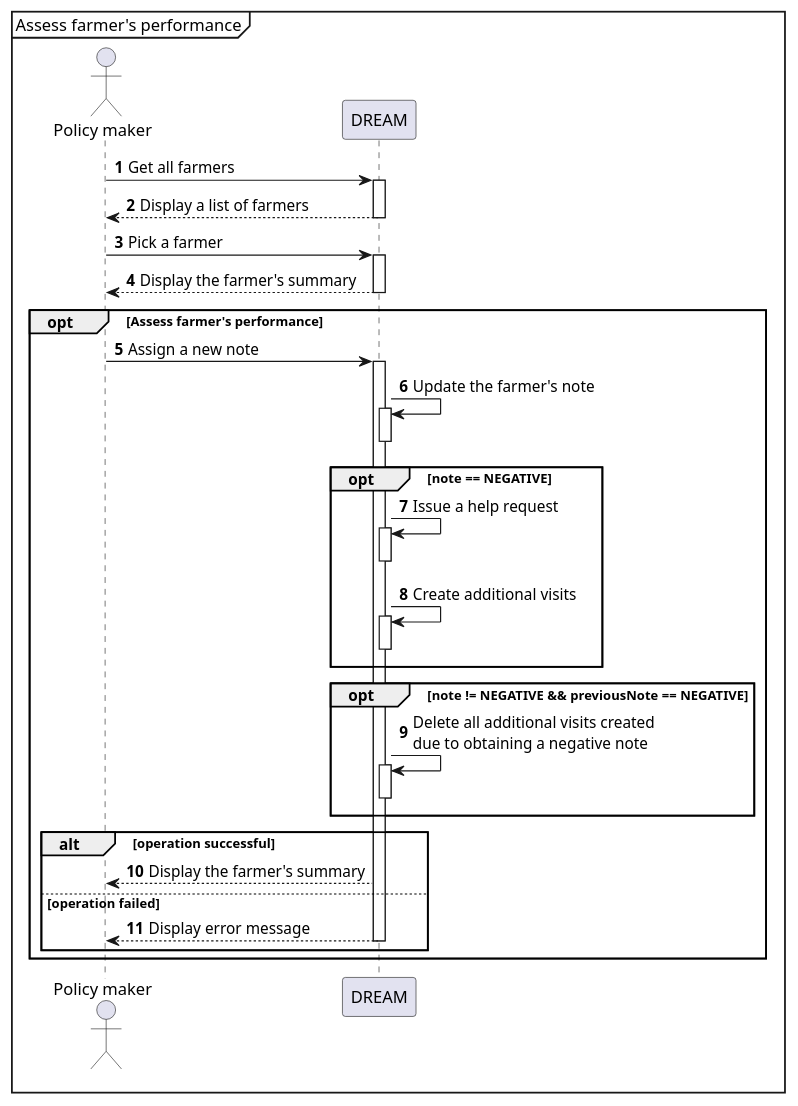
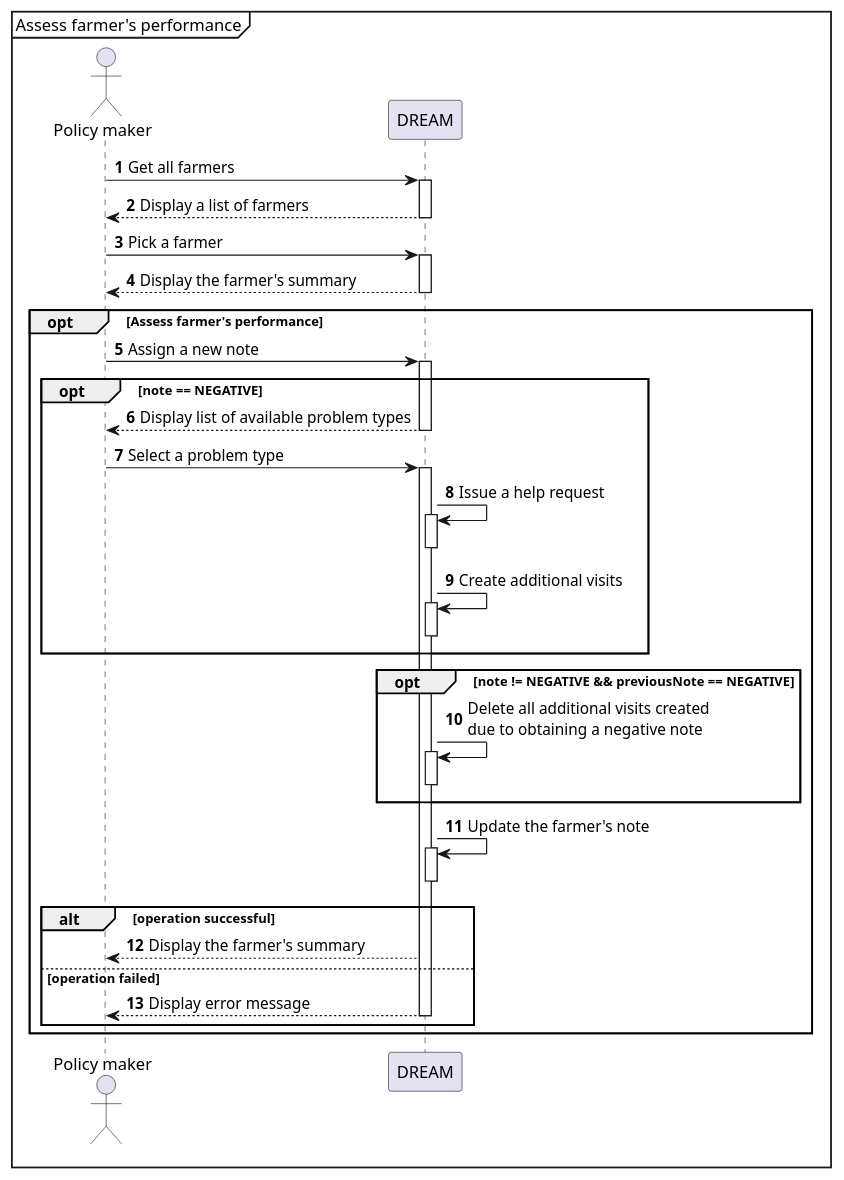
Before and after one commit to Astenna/DREAM: the diagram in RASD/uml/sequence/assess_farmer's_performance.puml, drawn with PlantUML. The commit also changed 15 other files, not shown here.

Commit message:
Requirements adjustments, .eps diagram files, additional visits' plannig

```diff
--- a/RASD/uml/sequence/assess_farmer's_performance.puml
+++ b/RASD/uml/sequence/assess_farmer's_performance.puml
@@ -1,39 +1,44 @@
 @startuml Assess farmer's performence
 
 mainframe Assess farmer's performance
 autonumber
 
 actor "Policy maker" as PolMaker
 participant DREAM
 
 PolMaker -> DREAM++: Get all farmers
 DREAM --> PolMaker--: Display a list of farmers
 
 PolMaker -> DREAM++: Pick a farmer
 DREAM --> PolMaker--: Display the farmer's summary
 
 opt Assess farmer's performance
     PolMaker -> DREAM++: Assign a new note
-    DREAM -> DREAM++: Update the farmer's note
-    deactivate DREAM
 
     opt note == NEGATIVE
+        DREAM --> PolMaker--: Display list of available problem types
+        PolMaker -> DREAM++: Select a problem type
+
         DREAM -> DREAM++: Issue a help request
         deactivate DREAM
+
         DREAM -> DREAM++: Create additional visits
         deactivate DREAM
     end
 
     opt note != NEGATIVE && previousNote == NEGATIVE
         DREAM -> DREAM++: Delete all additional visits created\ndue to obtaining a negative note
         deactivate DREAM
     end
 
+    DREAM -> DREAM++: Update the farmer's note
+    deactivate DREAM
+
     alt operation successful
         DREAM --> PolMaker : Display the farmer's summary
     else operation failed
         DREAM --> PolMaker--: Display error message
     end
 end
 
 @enduml
```
